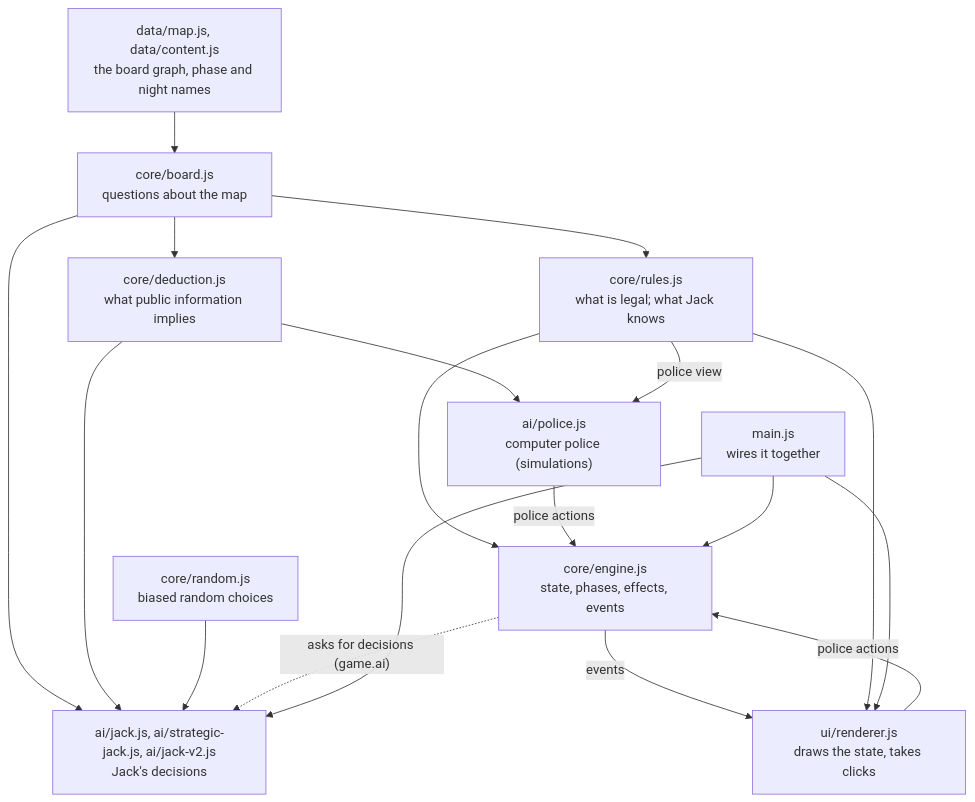
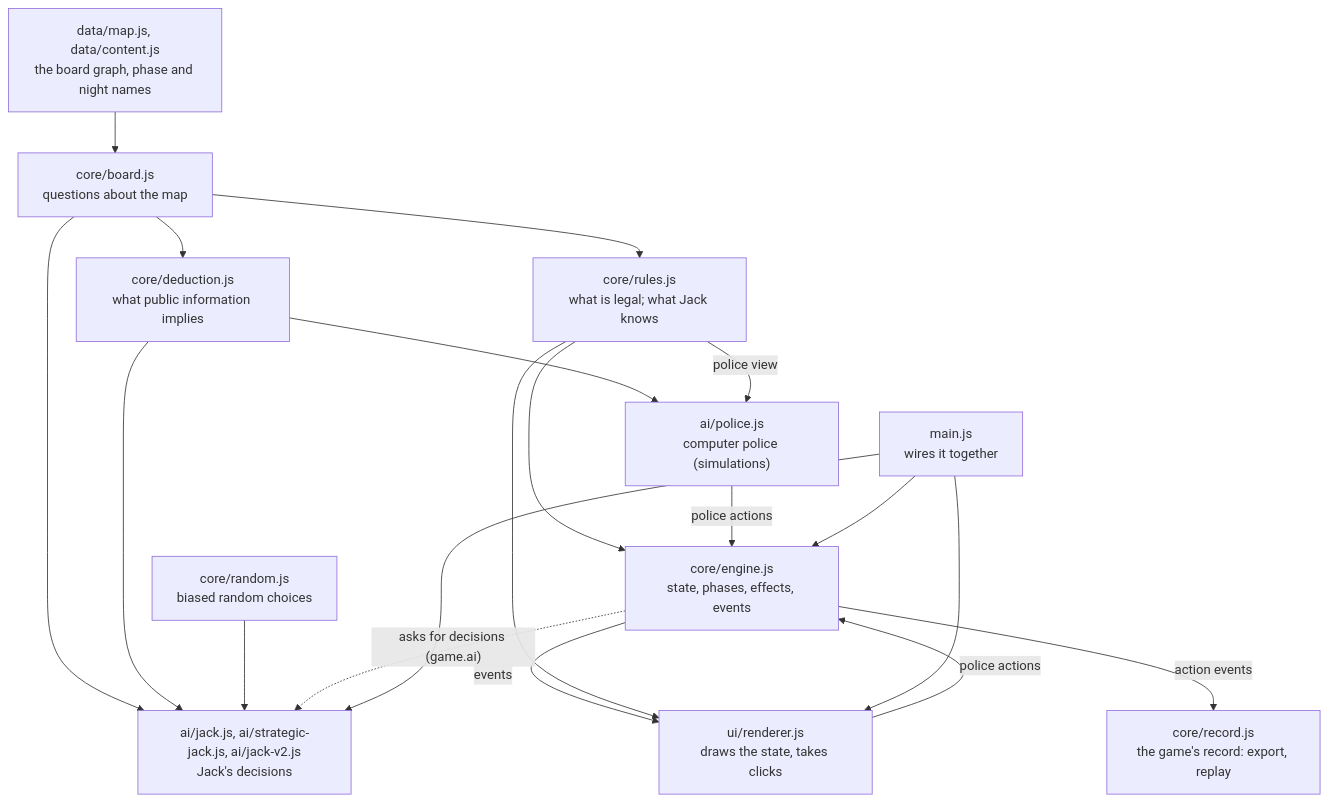
Before and after one commit to aceszhenwei/Letters-From-Whitechapel: the first of 2 diagrams in docs/architecture.md, drawn with Mermaid. The commit also changed other lines of this file and 18 other files, not shown here.

````diff
--- a/docs/architecture.md
+++ b/docs/architecture.md
@@ -7,31 +7,33 @@
 ```mermaid
 flowchart TD
     data["data/map.js, data/content.js<br/>the board graph, phase and night names"]
     board["core/board.js<br/>questions about the map"]
     rules["core/rules.js<br/>what is legal; what Jack knows"]
     engine["core/engine.js<br/>state, phases, effects, events"]
     ai["ai/jack.js, ai/strategic-jack.js, ai/jack-v2.js<br/>Jack's decisions"]
     deduction["core/deduction.js<br/>what public information implies"]
+    record["core/record.js<br/>the game's record: export, replay"]
     police["ai/police.js<br/>computer police (simulations)"]
     random["core/random.js<br/>biased random choices"]
     ui["ui/renderer.js<br/>draws the state, takes clicks"]
     main["main.js<br/>wires it together"]
 
     data --> board
     board --> rules
     rules --> engine
     board --> ai
     board --> deduction
     deduction --> ai
     deduction --> police
     rules -- "police view" --> police
     police -- "police actions" --> engine
     random --> ai
     engine -. "asks for decisions (game.ai)" .-> ai
     engine -- "events" --> ui
     ui -- "police actions" --> engine
+    engine -- "action events" --> record
     rules --> ui
     main --> engine
     main --> ai
     main --> ui
 ```
````
